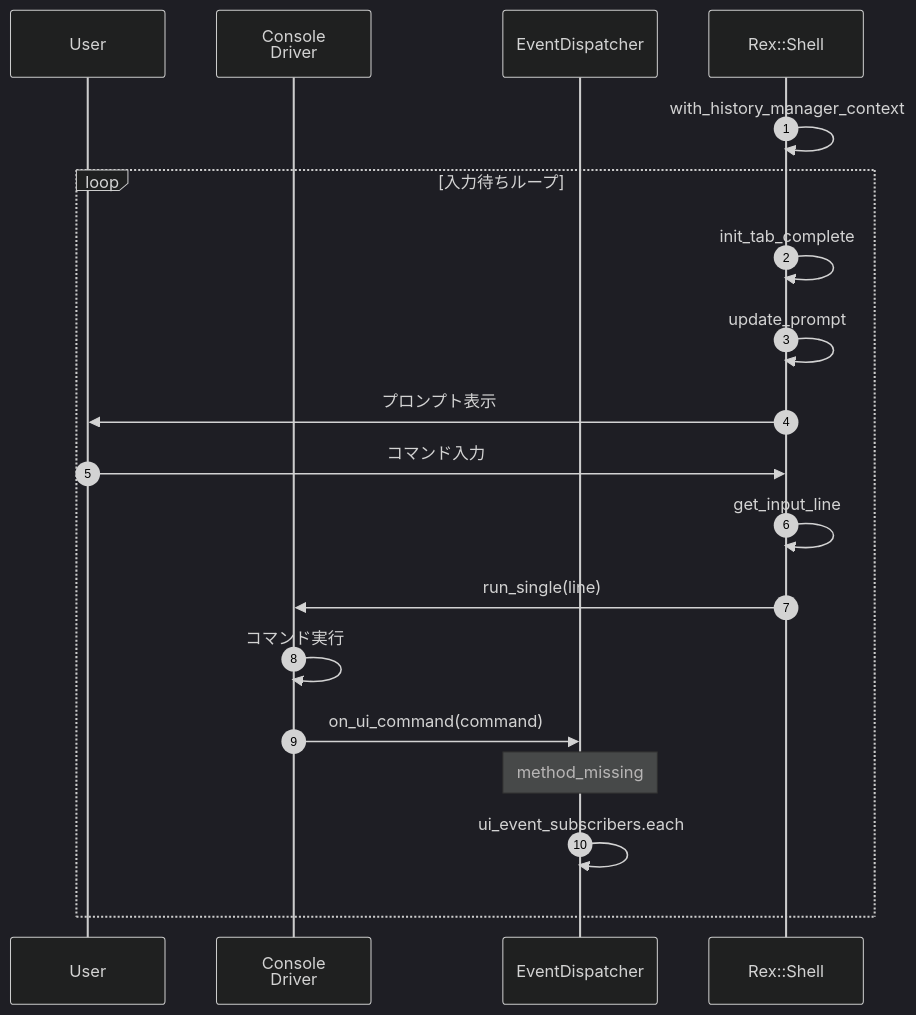
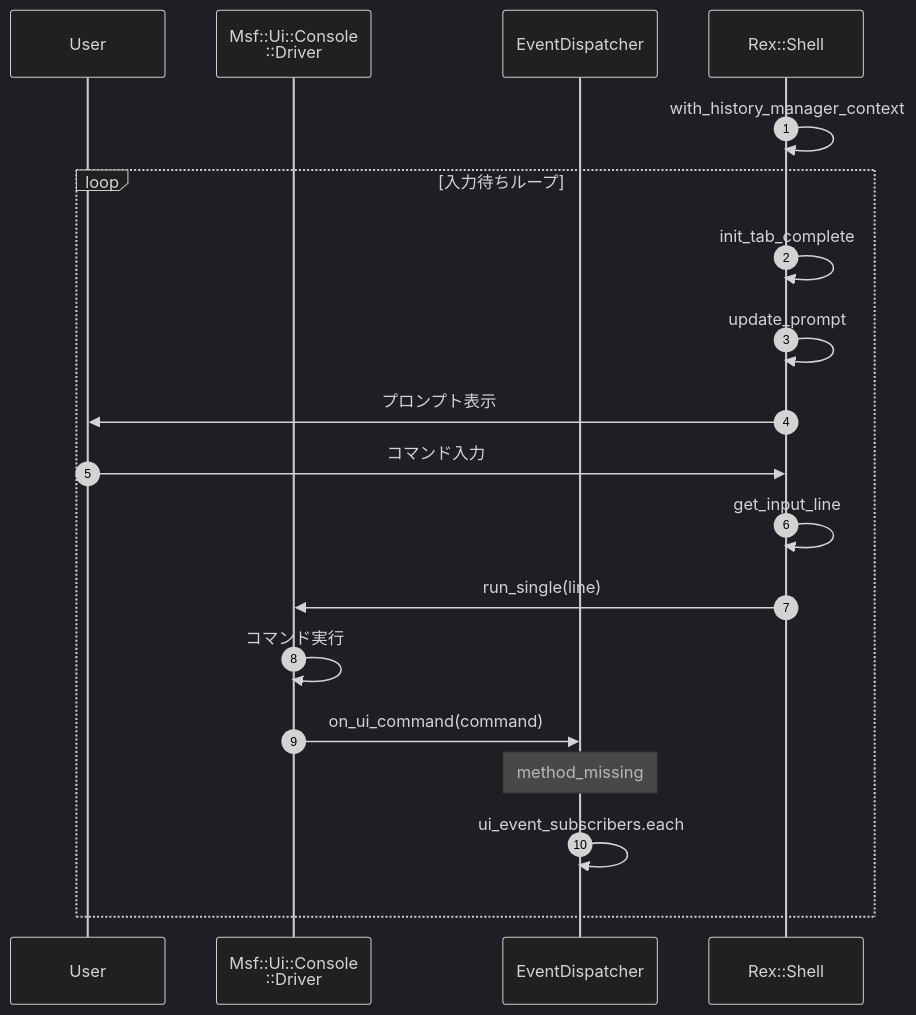
One commit to uraitakahito/metasploit-framework changed the second of 3 diagrams in docs/msfconsole-internals.md. Above: the diagram before and after it, drawn with Mermaid (dark theme). The commit also changed other lines of this file, not shown here.

First line of the commit message:
Update msfconsole-internals.md with detailed startup flow

````diff
--- a/docs/msfconsole-internals.md
+++ b/docs/msfconsole-internals.md
@@ -56,23 +62,23 @@
 ```mermaid
 sequenceDiagram
     autonumber
     participant User as User
-    participant Driver as Console<br/>Driver
+    participant Driver as Msf::Ui::Console<br/>::Driver
     participant EventDispatcher as EventDispatcher
     participant Shell as Rex::Shell
 
     Shell->>Shell: with_history_manager_context
 
     loop 入力待ちループ
         Shell->>Shell: init_tab_complete
         Shell->>Shell: update_prompt
         Shell->>User: プロンプト表示
         User->>Shell: コマンド入力
         Shell->>Shell: get_input_line
         Shell->>Driver: run_single(line)
         Driver->>Driver: コマンド実行
         Driver->>EventDispatcher: on_ui_command(command)
         Note over EventDispatcher: method_missing
         EventDispatcher->>EventDispatcher: ui_event_subscribers.each
     end
 ```
````
